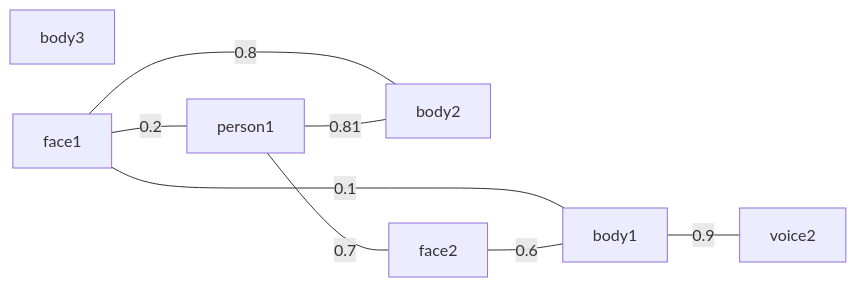
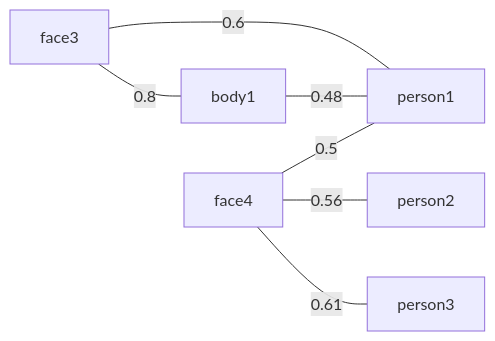
One commit to ros4hri/hri_person_manager changed diagram 19 of 34 in test/test-graphs.md. Above: the diagram before and after it, drawn with Mermaid. The commit also changed other lines of this file and 4 other files, not shown here.

First line of the commit message:
Python impl complete, all mermaid-based tests pass

````diff
--- a/test/test-graphs.md
+++ b/test/test-graphs.md
@@ -36,12 +252,10 @@
 ``` mermaid
 graph LR
 
-body3
-face1 ---|0.8| body2
-face1 ---|0.2| person1
-face1 ---|0.1| body1
-person1 ---|0.7| face2
-person1 ---|0.81| body2
-body1 ---|0.9| voice2
-face2 ---|0.6| body1
+face3 ---|0.8| body1
+face3 ---|0.6| person1
+body1 ---|0.48| person1
+face4 ---|0.5| person1
+face4 ---|0.56| person2
+face4 ---|0.61| person3
 ```
````
